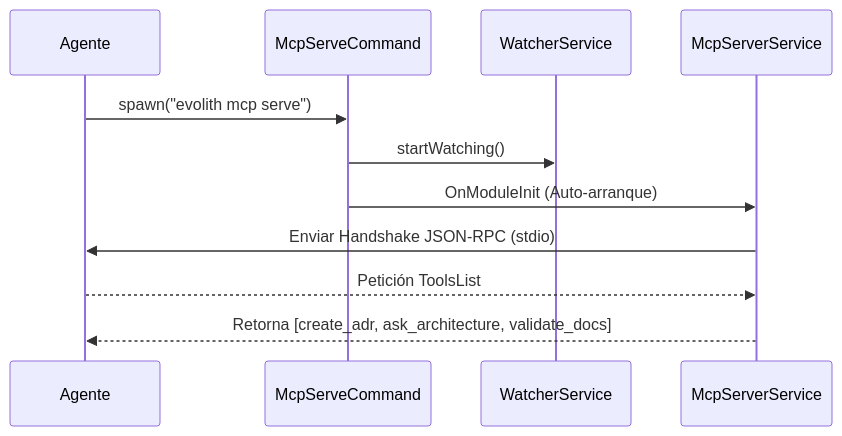
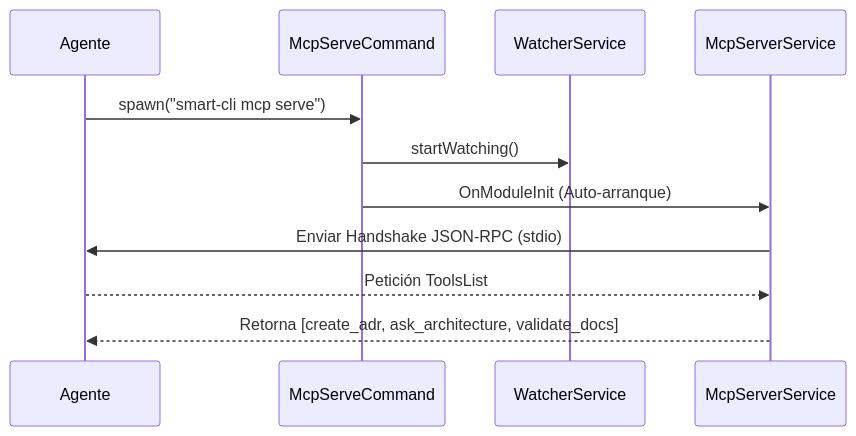
One commit to beyondnetcode/evolith_arch32 changed the third of 3 diagrams in reference/architecture/evolith-sdk/technical-design.es.md. Above: the diagram before and after it, drawn with Mermaid. The commit also changed other lines of this file and 13 other files, not shown here.

First line of the commit message:
refactor: update all CLI references from evolith to smart-cli

````diff
--- a/reference/architecture/evolith-sdk/technical-design.es.md
+++ b/reference/architecture/evolith-sdk/technical-design.es.md
@@ -52,14 +52,14 @@
 ```mermaid
 sequenceDiagram
     participant Agente
     participant McpServeCommand
     participant WatcherService
     participant McpServerService
 
-    Agente->>McpServeCommand: spawn("evolith mcp serve")
+    Agente->>McpServeCommand: spawn("smart-cli mcp serve")
     McpServeCommand->>WatcherService: startWatching()
     McpServeCommand->>McpServerService: OnModuleInit (Auto-arranque)
     McpServerService->>Agente: Enviar Handshake JSON-RPC (stdio)
     Agente-->>McpServerService: Petición ToolsList
     McpServerService-->>Agente: Retorna [create_adr, ask_architecture, validate_docs]
 ```
````
